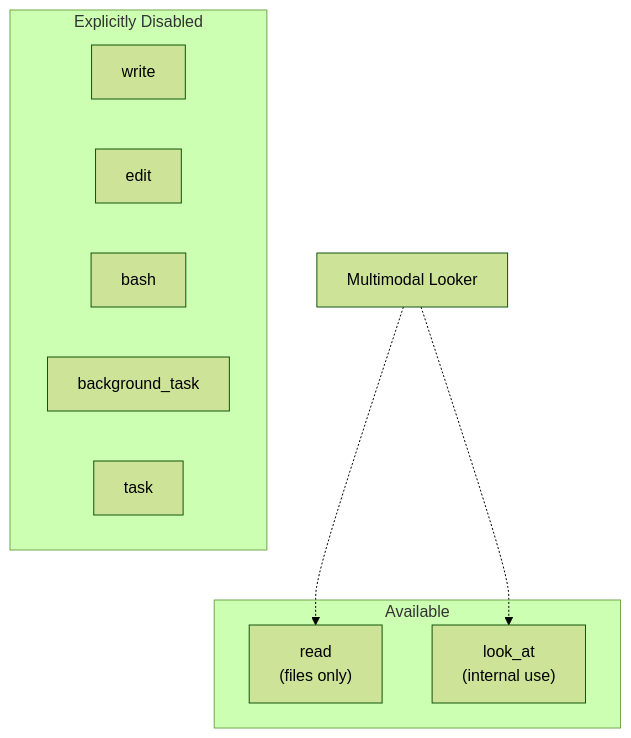
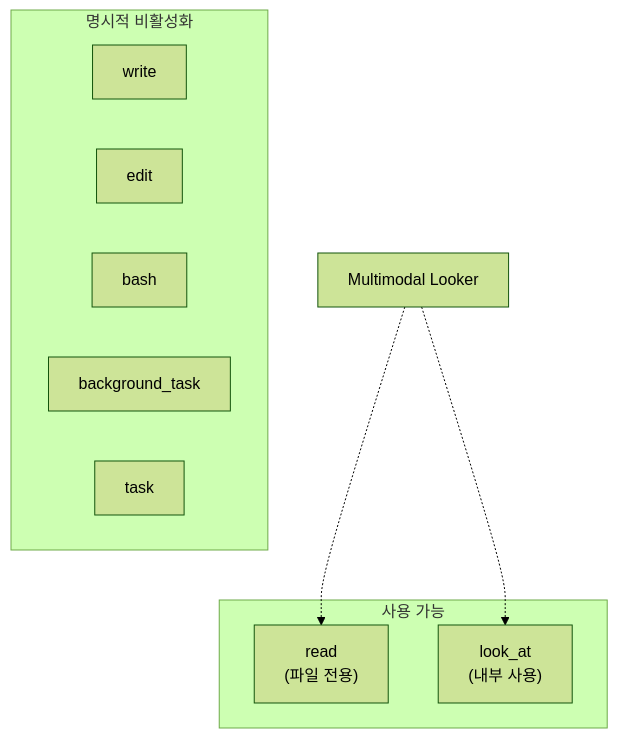
The fourth of 6 diagrams in docs/agents/multimodal-looker.md (felipetruman/oh-my-opencode-docs), drawn with Mermaid (forest theme) before and after one commit. The commit also changed other lines of this file and 76 other files, not shown here.

````diff
--- a/docs/agents/multimodal-looker.md
+++ b/docs/agents/multimodal-looker.md
@@ -234,28 +230,28 @@
 ```mermaid
 flowchart TD
 
 Write["write"]
 Edit["edit"]
 Bash["bash"]
 BgTask["background_task"]
 Task["task"]
-Read["read<br>(files only)"]
-LookAt["look_at<br>(internal use)"]
+Read["read<br>(파일 전용)"]
+LookAt["look_at<br>(내부 사용)"]
 Multimodal["Multimodal Looker"]
 
 Multimodal -.-> Read
 Multimodal -.-> LookAt
 
-subgraph Available ["Available"]
+subgraph Available ["사용 가능"]
     Read
     LookAt
 end
 
-subgraph subGraph1 ["Explicitly Disabled"]
+subgraph subGraph1 ["명시적 비활성화"]
     Write
     Edit
     Bash
     BgTask
     Task
 end
 ```
````
